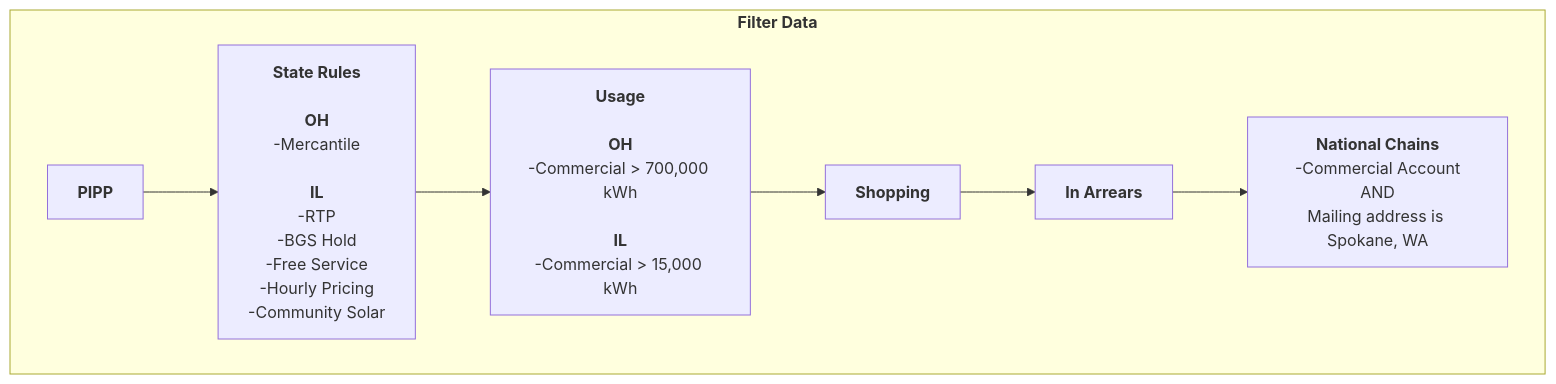
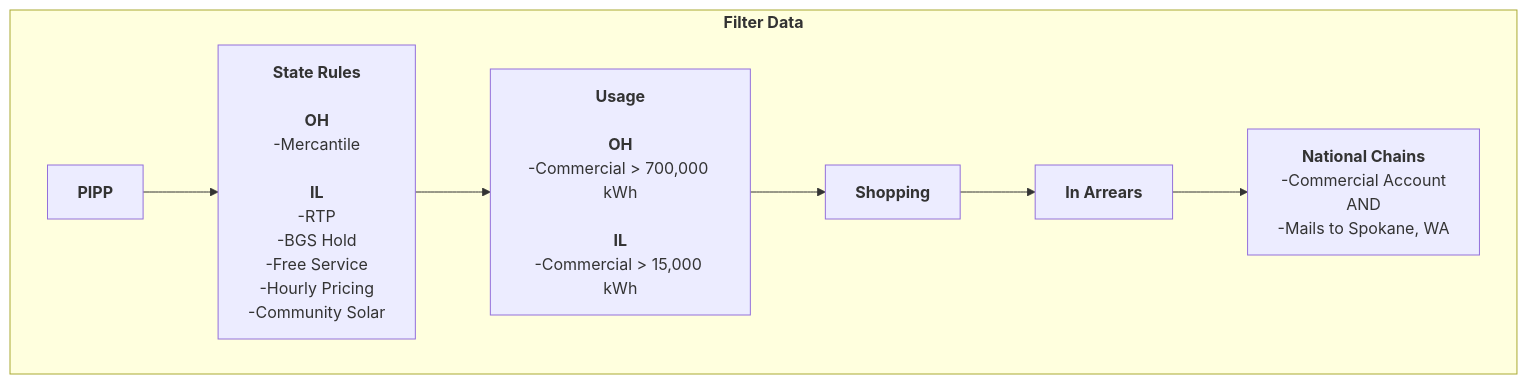
One commit to vistra-muniagg/List-Management-Tool changed the fifth of 6 diagrams in DIAGRAMS.md. Above: the diagram before and after it, drawn with Mermaid. The commit also changed other lines of this file, not shown here.

````diff
--- a/DIAGRAMS.md
+++ b/DIAGRAMS.md
@@ -211,29 +212,28 @@
 ```mermaid
 
 %%{init: {
   "theme": "base",
   "themeVariables": {
     "fontSize": "12px",
     "fontFamily": "Segoe UI",
     "primaryColor": "#eef6ff",          %% node fill
     "primaryBorderColor": "#1e40af",    %% node border
     "primaryTextColor": "#0f172a",      %% node text
     "lineColor": "#1e40af"
   }
 }}%%
 
 graph TD
 
     subgraph Filter_Data["<b>Filter Data</b>"]
     direction LR
         PIPP["<b>PIPP</b>"]
         State_Rules["<b>State Rules</b><br><br><b>OH</b><br>-Mercantile<br><b><br>IL</b><br>-RTP<br>-BGS Hold<br>-Free Service<br>-Hourly Pricing<br>-Community Solar<br>"]
         Usage["<b>Usage</b><br><br><b>OH</b><br>-Commercial > 700,000 kWh<br><br><b>IL</b><br>-Commercial > 15,000 kWh"]
         Shopping["<b>Shopping</b>"]
         Arrears["<b>In Arrears</b>"]
-        National_Chains["<b>National Chains</b><br>-Commercial Account<br>AND<br>Mailing address is Spokane, WA"]
+        National_Chains["<b>National Chains</b><br>-Commercial Account<br>AND<br>-Mails to Spokane, WA"]
         PIPP --> State_Rules --> Usage --> Shopping --> Arrears --> National_Chains
     end
 
-
 ```
````
